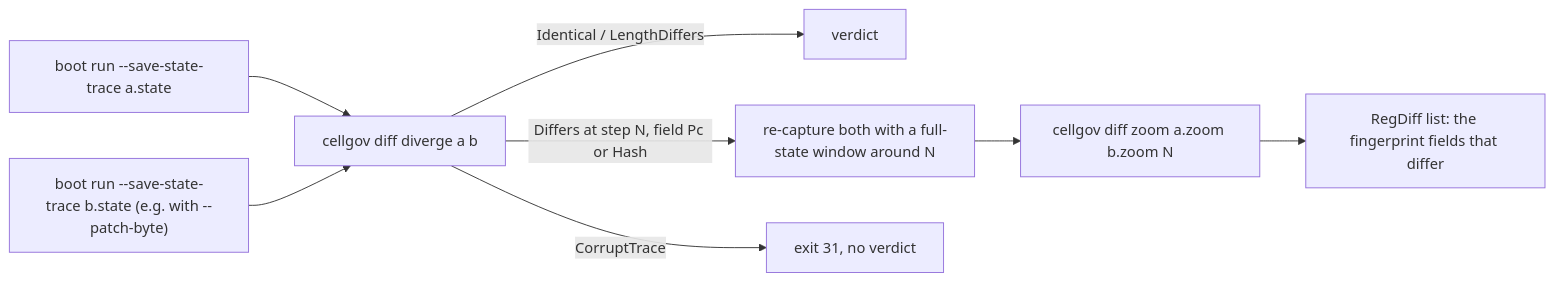
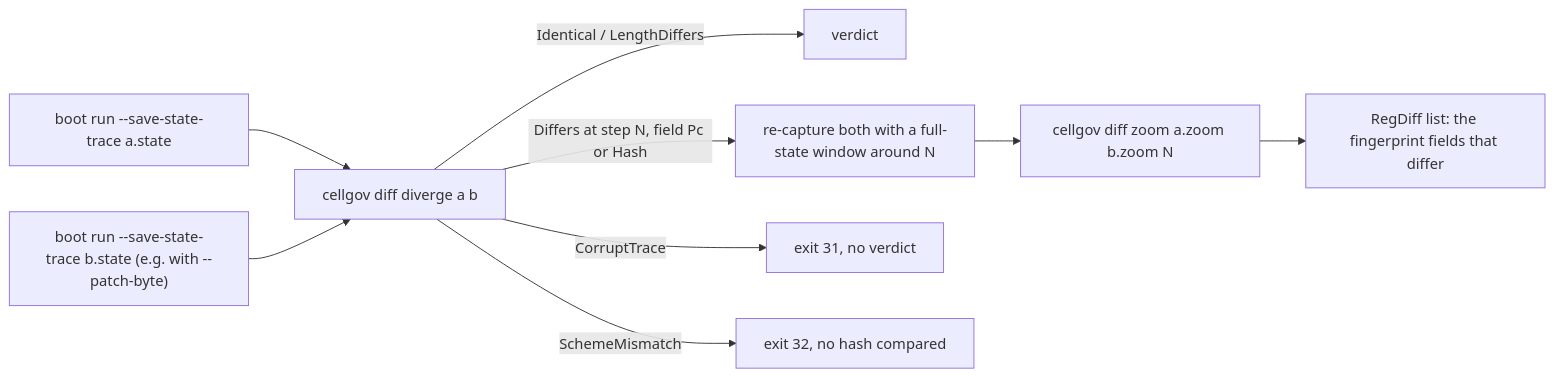
One commit to RoyalAce22/CellGov changed the second of 2 diagrams in docs/architecture/comparison.md. Above: the diagram before and after it, drawn with Mermaid. The commit also changed other lines of this file and 46 other files, not shown here.

Commit message:
feat(compare): stamp state-hash scheme ids and report a scheme mismatch in place of a divergence

````diff
--- a/docs/architecture/comparison.md
+++ b/docs/architecture/comparison.md
@@ -131,10 +133,11 @@
 ```mermaid
 flowchart LR
   a["boot run --save-state-trace a.state"] --> dv["cellgov diff diverge a b"]
   b["boot run --save-state-trace b.state (e.g. with --patch-byte)"] --> dv
   dv -->|Identical / LengthDiffers| done["verdict"]
   dv -->|"Differs at step N, field Pc or Hash"| win["re-capture both with a full-state window around N"]
   dv -->|CorruptTrace| bad["exit 31, no verdict"]
+  dv -->|SchemeMismatch| sch["exit 32, no hash compared"]
   win --> zm["cellgov diff zoom a.zoom b.zoom N"]
   zm --> rd["RegDiff list: the fingerprint fields that differ"]
 ```
````
